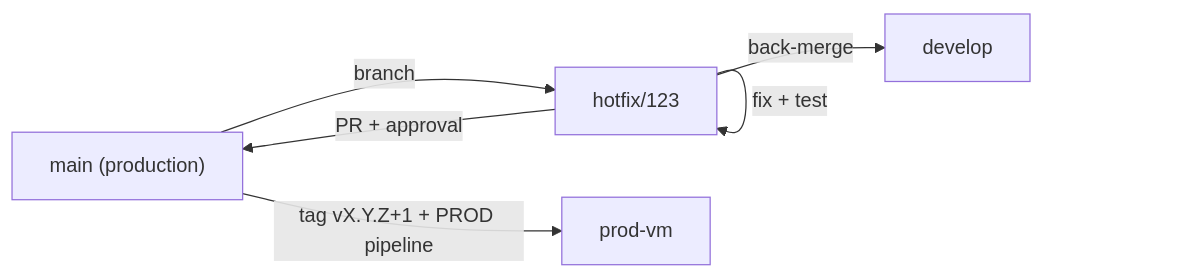
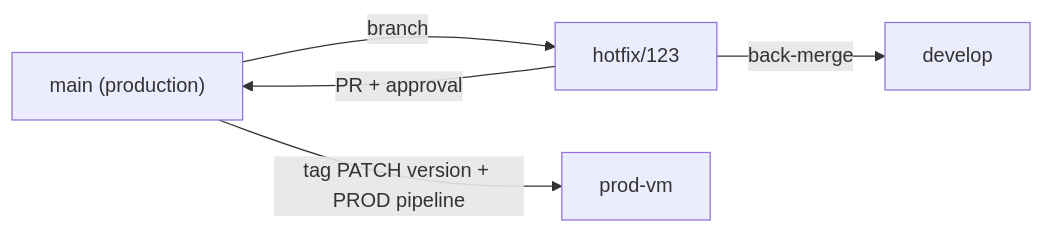
The third of 3 diagrams in README.md (aniket-devop/git-branching-cicd-strategy), drawn with Mermaid before and after one commit. The commit also changed other lines of this file, not shown here.

````diff
--- a/README.md
+++ b/README.md
@@ -466,8 +234,7 @@
 ```mermaid
 flowchart LR
     M["main (production)"] -->|branch| H["hotfix/123"]
-    H -->|"fix + test"| H
     H -->|"PR + approval"| M
-    M -->|"tag vX.Y.Z+1 + PROD pipeline"| P["prod-vm"]
+    M -->|"tag PATCH version + PROD pipeline"| P["prod-vm"]
     H -->|"back-merge"| D["develop"]
 ```
````
